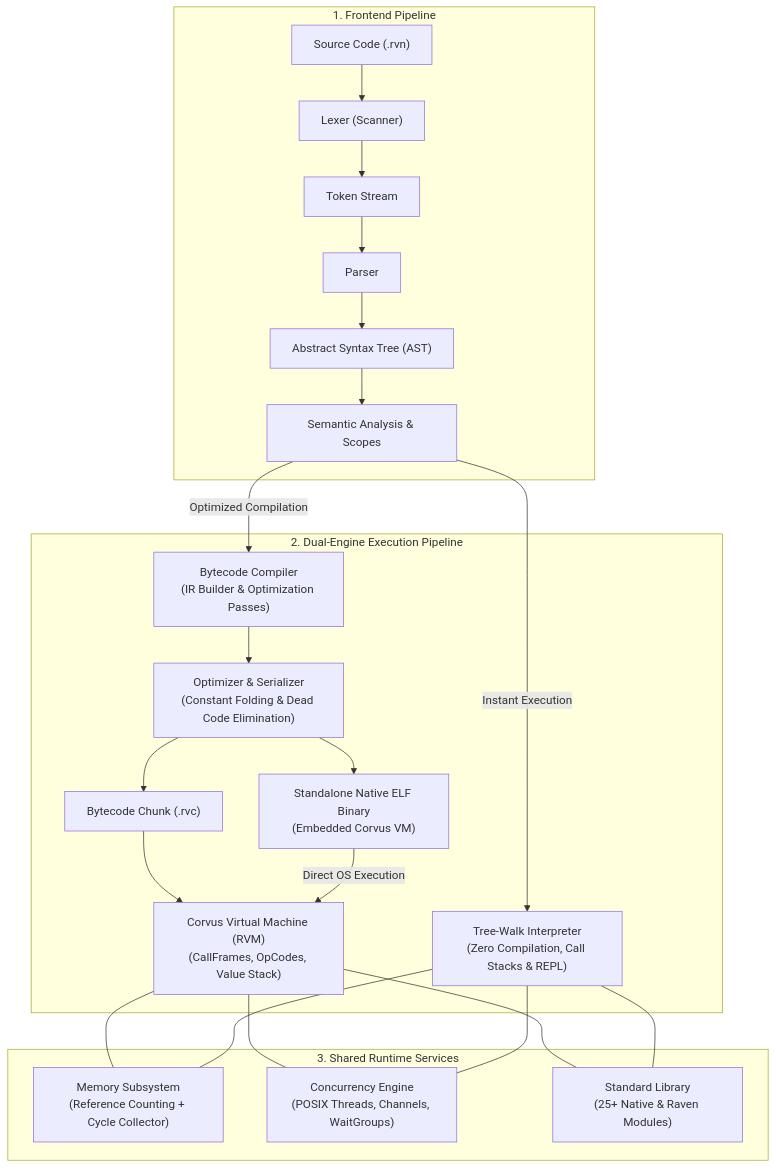
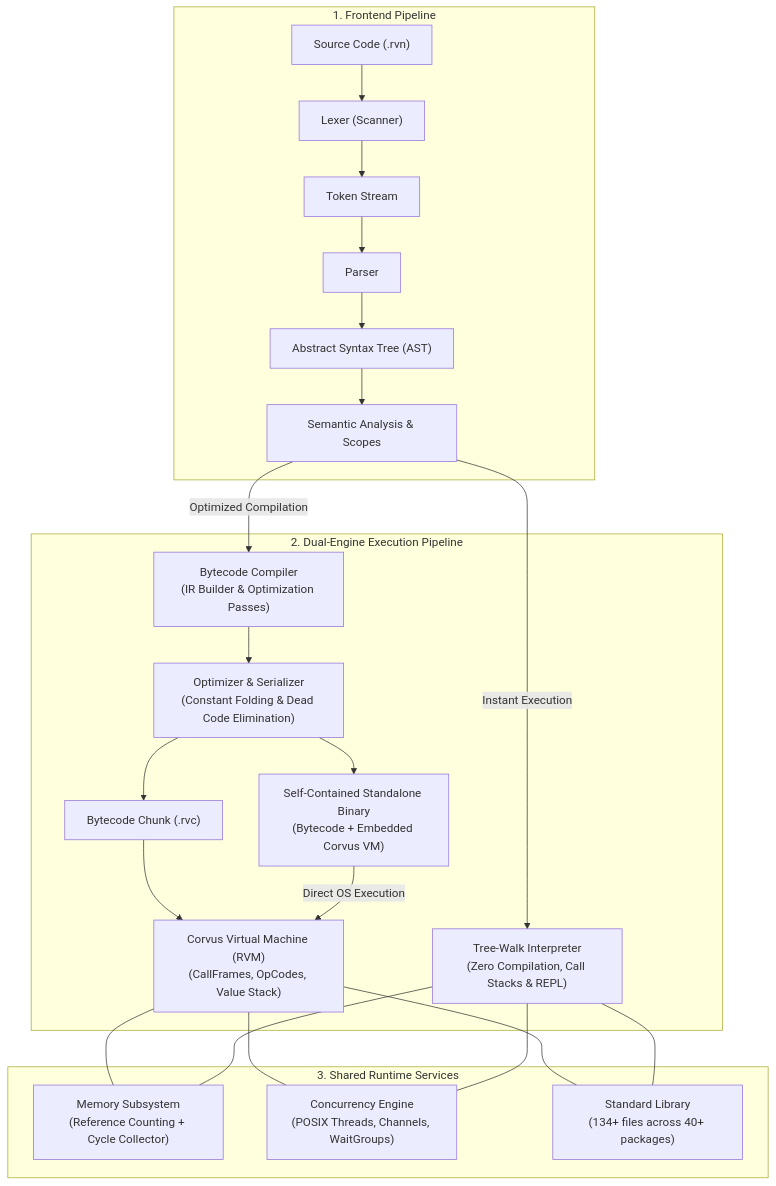
The diagram in README.md (rs2big-boop/Raven), drawn with Mermaid before and after one commit. The commit also changed other lines of this file and 13 other files, not shown here.

````diff
--- a/README.md
+++ b/README.md
@@ -71,28 +71,28 @@
 ```mermaid
 flowchart TD
     subgraph Frontend ["1. Frontend Pipeline"]
         src["Source Code (.rvn)"] --> lex["Lexer (Scanner)"]
         lex --> tok["Token Stream"]
         tok --> parse["Parser"]
         parse --> ast["Abstract Syntax Tree (AST)"]
         ast --> sem["Semantic Analysis & Scopes"]
     end
 
     subgraph DualEngine ["2. Dual-Engine Execution Pipeline"]
         sem -->|"Instant Execution"| interp["Tree-Walk Interpreter\n(Zero Compilation, Call Stacks & REPL)"]
         sem -->|"Optimized Compilation"| comp["Bytecode Compiler\n(IR Builder & Optimization Passes)"]
         
         comp --> opt["Optimizer & Serializer\n(Constant Folding & Dead Code Elimination)"]
         opt --> rvc["Bytecode Chunk (.rvc)"]
-        opt --> elf["Standalone Native ELF Binary\n(Embedded Corvus VM)"]
+        opt --> elf["Self-Contained Standalone Binary\n(Bytecode + Embedded Corvus VM)"]
         
         rvc --> vm["Corvus Virtual Machine (RVM)\n(CallFrames, OpCodes, Value Stack)"]
         elf -->|"Direct OS Execution"| vm
     end
 
     subgraph RuntimeSubsystem ["3. Shared Runtime Services"]
         vm & interp --- mem["Memory Subsystem\n(Reference Counting + Cycle Collector)"]
         vm & interp --- csp["Concurrency Engine\n(POSIX Threads, Channels, WaitGroups)"]
-        vm & interp --- std["Standard Library\n(25+ Native & Raven Modules)"]
+        vm & interp --- std["Standard Library\n(134+ files across 40+ packages)"]
     end
 ```
````
